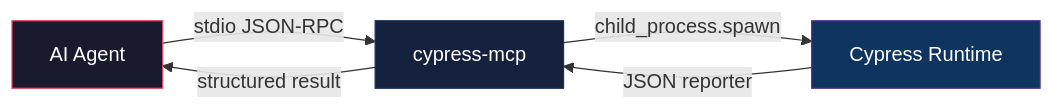
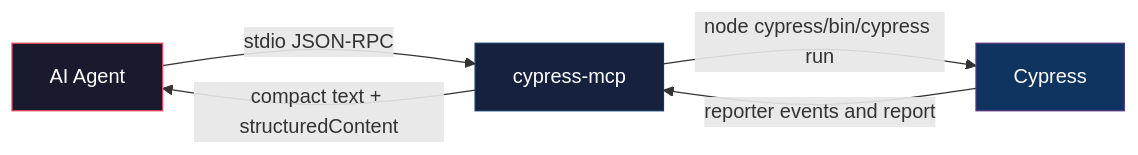
Before and after one commit to Daytonrad/cypress-mcp: the first of 2 diagrams in README.md, drawn with Mermaid. The commit also changed other lines of this file and 63 other files, not shown here.

````diff
--- a/README.md
+++ b/README.md
@@ -343,11 +371,11 @@
 ```mermaid
 graph LR
     A[AI Agent] -->|stdio JSON-RPC| B[cypress-mcp]
-    B -->|child_process.spawn| C[Cypress Runtime]
-    C -->|JSON reporter| B
-    B -->|structured result| A
+    B -->|node cypress/bin/cypress run| C[Cypress]
+    C -->|reporter events and report| B
+    B -->|compact text + structuredContent| A
 
     style A fill:#1a1a2e,stroke:#e94560,color:#fff
     style B fill:#16213e,stroke:#0f3460,color:#fff
     style C fill:#0f3460,stroke:#533483,color:#fff
 ```
````
